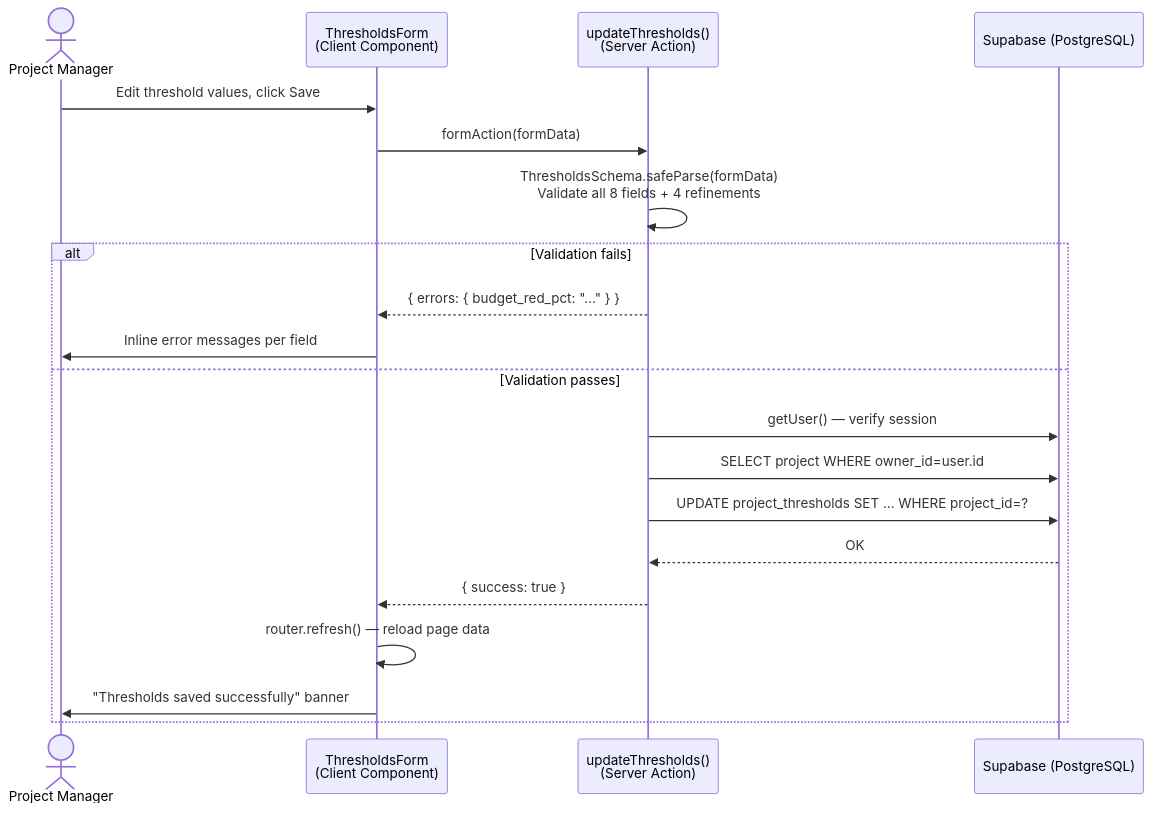
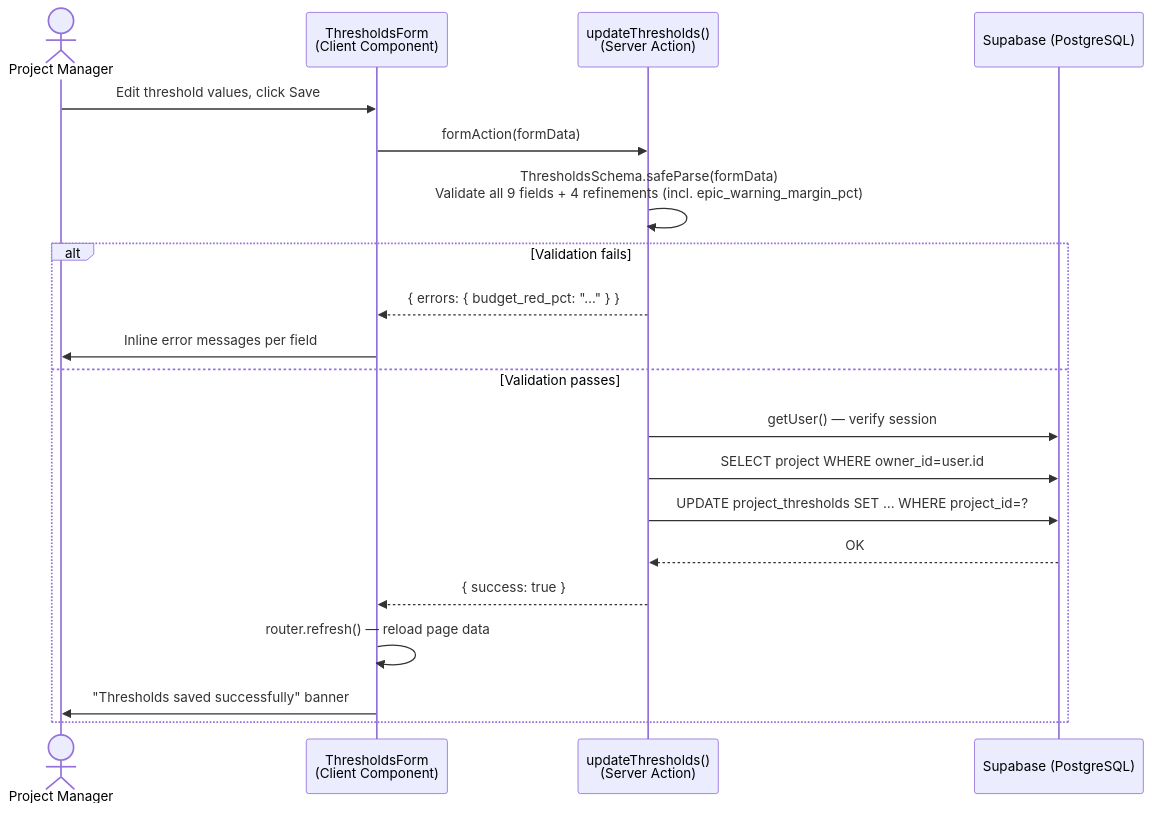
Before and after one commit to matthias1309/project_buddy: the fourth of 5 diagrams in docs/arc42/06_runtime.md, drawn with Mermaid. The commit also changed other lines of this file and 1 other file, not shown here.

````diff
--- a/docs/arc42/06_runtime.md
+++ b/docs/arc42/06_runtime.md
@@ -130,23 +134,23 @@
 ```mermaid
 sequenceDiagram
     actor PM as Project Manager
     participant Form as ThresholdsForm<br/>(Client Component)
     participant SA as updateThresholds()<br/>(Server Action)
     participant DB as Supabase (PostgreSQL)
 
     PM->>Form: Edit threshold values, click Save
     Form->>SA: formAction(formData)
-    SA->>SA: ThresholdsSchema.safeParse(formData)<br/>Validate all 8 fields + 4 refinements
+    SA->>SA: ThresholdsSchema.safeParse(formData)<br/>Validate all 9 fields + 4 refinements (incl. epic_warning_margin_pct)
     alt Validation fails
         SA-->>Form: { errors: { budget_red_pct: "…" } }
         Form->>PM: Inline error messages per field
     else Validation passes
         SA->>DB: getUser() — verify session
         SA->>DB: SELECT project WHERE owner_id=user.id
         SA->>DB: UPDATE project_thresholds SET … WHERE project_id=?
         DB-->>SA: OK
         SA-->>Form: { success: true }
         Form->>Form: router.refresh() — reload page data
         Form->>PM: "Thresholds saved successfully" banner
     end
 ```
````
